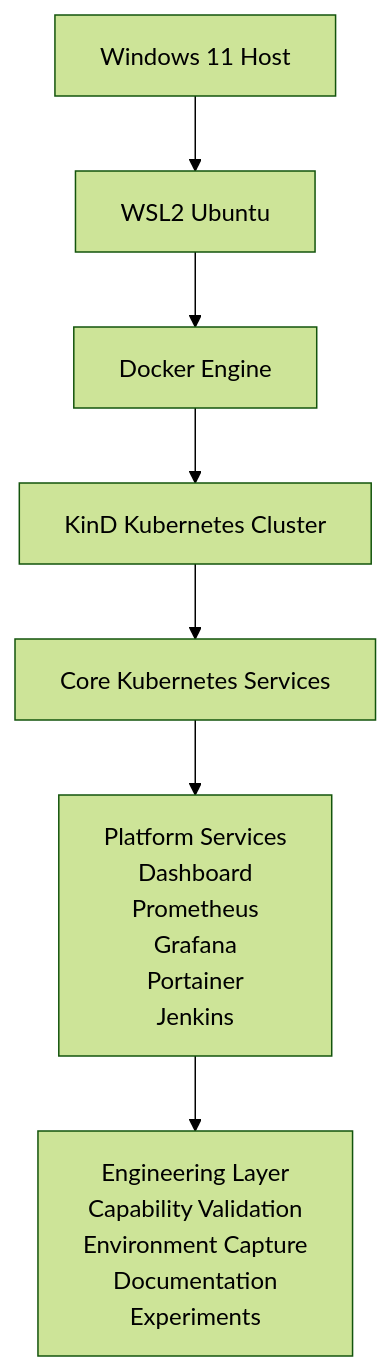
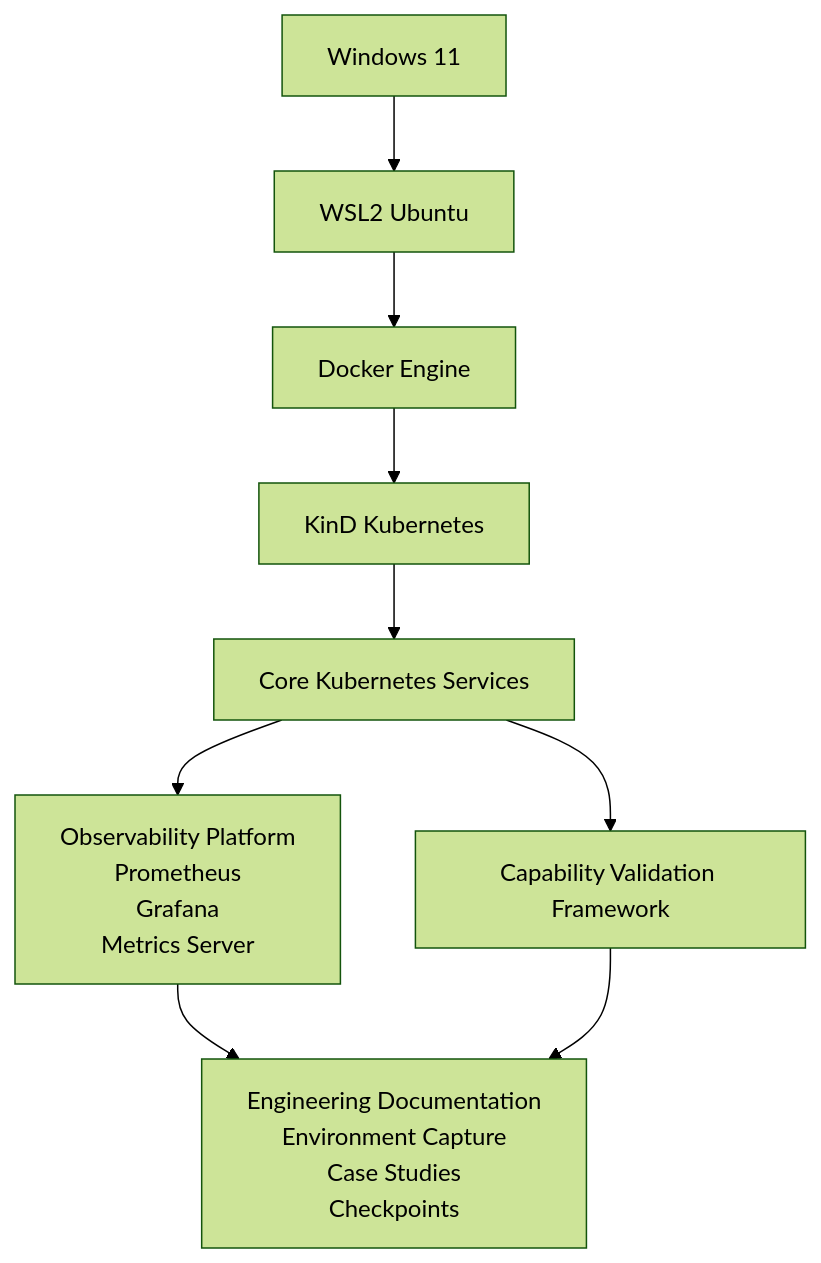
One commit to mcorries/kubernetes-observability-lab changed the diagram in docs/03-architecture.md. Above: the diagram before and after it, drawn with Mermaid (forest theme). The commit also changed other lines of this file and 8 other files, not shown here.

Commit message:
docs: harmonise repository documentation and engineering architecture

````diff
--- a/docs/03-architecture.md
+++ b/docs/03-architecture.md
@@ -76,20 +76,32 @@
 ```mermaid
+
 flowchart TD
-    A[Windows 11 Host]
+    A[Windows 11]
     B[WSL2 Ubuntu]
     C[Docker Engine]
-    D[KinD Kubernetes Cluster]
+    D[KinD Kubernetes]
 
     E[Core Kubernetes Services]
 
-    F[Platform Services<br/>Dashboard<br/>Prometheus<br/>Grafana<br/>Portainer<br/>Jenkins]
+    F[Observability Platform
+Prometheus
+Grafana
+Metrics Server]
 
-    G[Engineering Layer<br/>Capability Validation<br/>Environment Capture<br/>Documentation<br/>Experiments]
+    G[Capability Validation Framework]
+
+    H[Engineering Documentation
+Environment Capture
+Case Studies
+Checkpoints]
 
     A --> B
     B --> C
     C --> D
     D --> E
     E --> F
-    F --> G
+    E --> G
+    F --> H
+    G --> H
+
 ```
````
